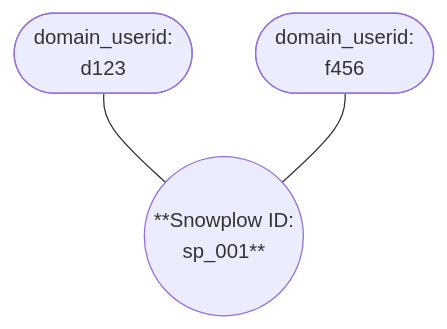
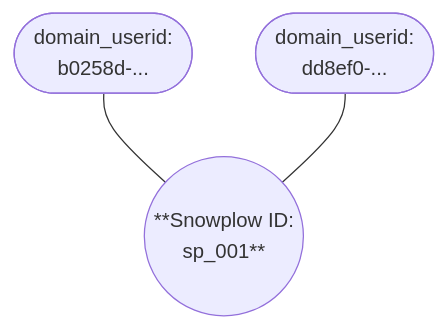
The second of 3 diagrams in docs/identities/concepts/cross-domain-tracking/index.md (snowplow/documentation), drawn with Mermaid before and after one commit. The commit also changed other lines of this file and 2 other files, not shown here.

````diff
--- a/docs/identities/concepts/cross-domain-tracking/index.md
+++ b/docs/identities/concepts/cross-domain-tracking/index.md
@@ -45,9 +45,9 @@
 ```mermaid
 graph TD
-    A(["domain_userid:<br/>d123"])
-    D(["domain_userid:<br/>f456"])
+    A(["domain_userid:<br/>b0258d-..."])
+    D(["domain_userid:<br/>dd8ef0-..."])
     P1(("**Snowplow ID:<br/>sp_001**"))
 
     A --- P1
     D --- P1
 ```
````
